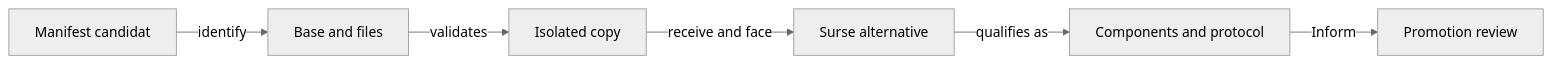
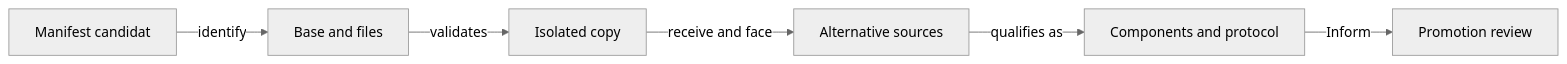
Before and after one commit to crististefanita/atf_j4: the diagram in whist-lab-app/ai-lab/experiments/bid-models/README.md, drawn with Mermaid (neutral theme). The commit also changed other lines of this file and 84 other files, not shown here.

````diff
--- a/whist-lab-app/ai-lab/experiments/bid-models/README.md
+++ b/whist-lab-app/ai-lab/experiments/bid-models/README.md
@@ -19,8 +19,8 @@
 ```mermaid
 flowchart LR
     CATALOG[Manifest candidat] -->|identify| BASE[Base and files]
     BASE -->|validates| COPY[Isolated copy]
-    COPY -->|receive and face| SOURCE[Surse alternative]
+    COPY -->|receive and face| SOURCE[Alternative sources]
     SOURCE -->|qualifies as| CHECK[Components and protocol]
     CHECK -->|Inform| REVIEW[Promotion review]
 ```
````
